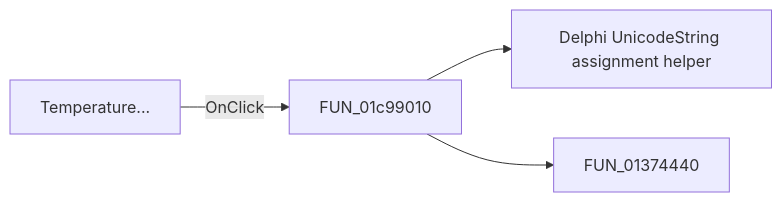
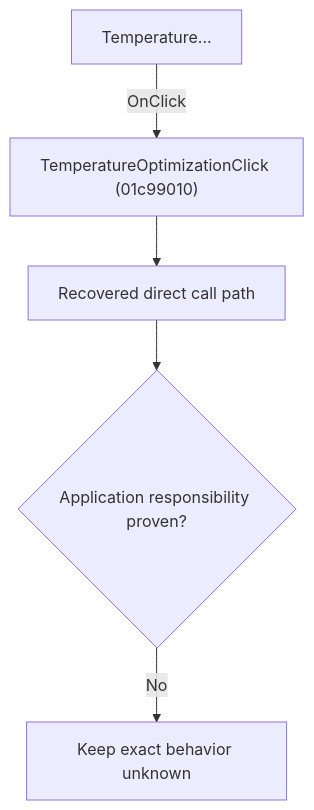
Before and after one commit to MovGP0/TIARA: the diagram in docs/ui-controls/schematiceditor/temperatureoptimization-5cee3c97b3.md, drawn with Mermaid. The commit also changed other lines of this file and 1062 other files, not shown here.

````diff
--- a/docs/ui-controls/schematiceditor/temperatureoptimization-5cee3c97b3.md
+++ b/docs/ui-controls/schematiceditor/temperatureoptimization-5cee3c97b3.md
@@ -27,6 +27,7 @@
 ```mermaid
-flowchart LR
-    control["Temperature..."] -->|OnClick| handler["FUN_01c99010"]
-    handler --> call1["Delphi UnicodeString assignment helper"]
-    handler --> call2["FUN_01374440"]
+flowchart TD
+    control["Temperature..."] -->|"OnClick"| handler["TemperatureOptimizationClick (01c99010)"]
+    handler --> recovered["Recovered direct call path"]
+    recovered --> gap{"Application responsibility proven?"}
+    gap -->|"No"| blocked["Keep exact behavior unknown"]
 ```
````
